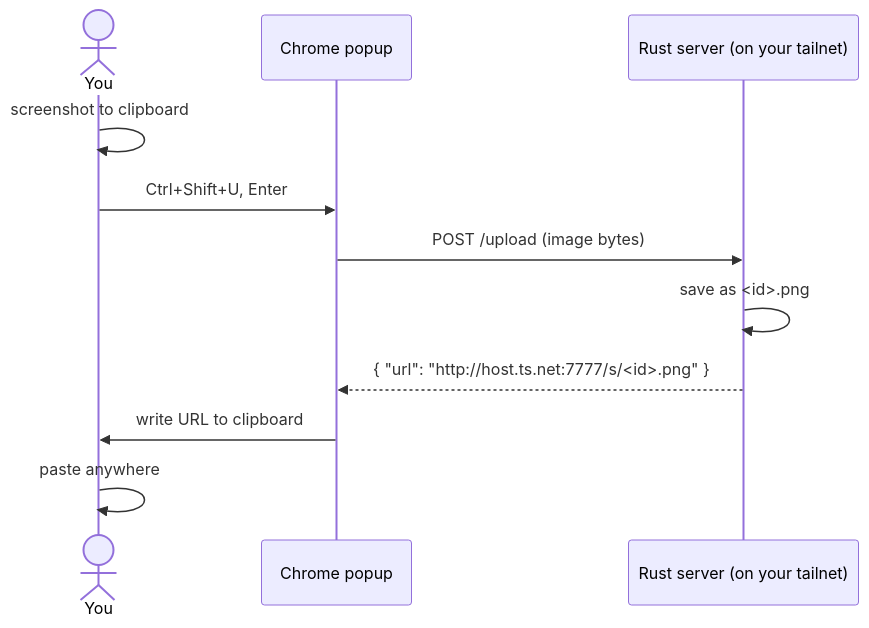
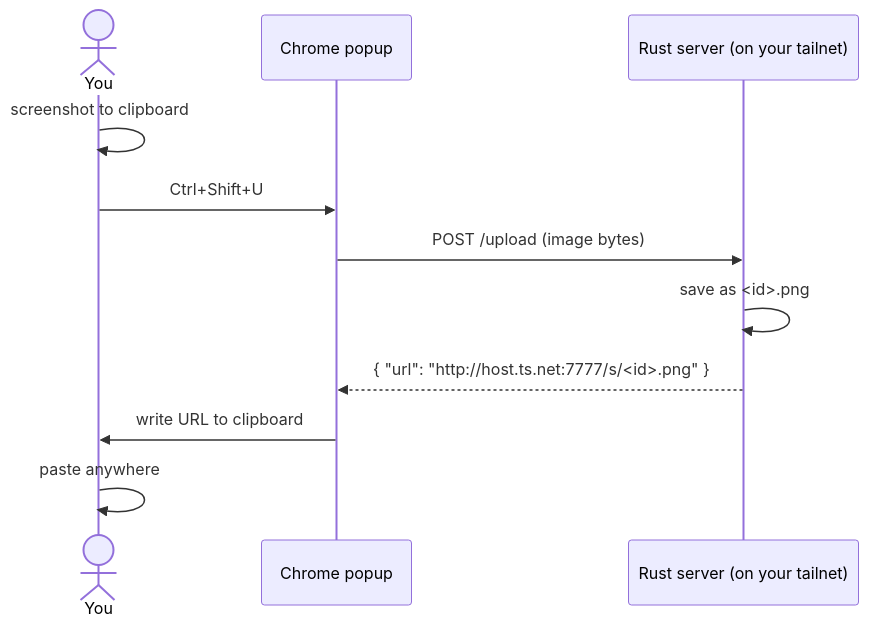
One commit to OlegHQ/tailscale-screenshot changed the diagram in README.md. Above: the diagram before and after it, drawn with Mermaid. The commit also changed other lines of this file and 3 other files, not shown here.

````diff
--- a/README.md
+++ b/README.md
@@ -13,13 +13,13 @@
 ```mermaid
 sequenceDiagram
     actor You
     participant Ext as Chrome popup
     participant Srv as Rust server (on your tailnet)
     You->>You: screenshot to clipboard
-    You->>Ext: Ctrl+Shift+U, Enter
+    You->>Ext: Ctrl+Shift+U
     Ext->>Srv: POST /upload (image bytes)
     Srv->>Srv: save as <id>.png
     Srv-->>Ext: { "url": "http://host.ts.net:7777/s/<id>.png" }
     Ext->>You: write URL to clipboard
     You->>You: paste anywhere
 ```
````
